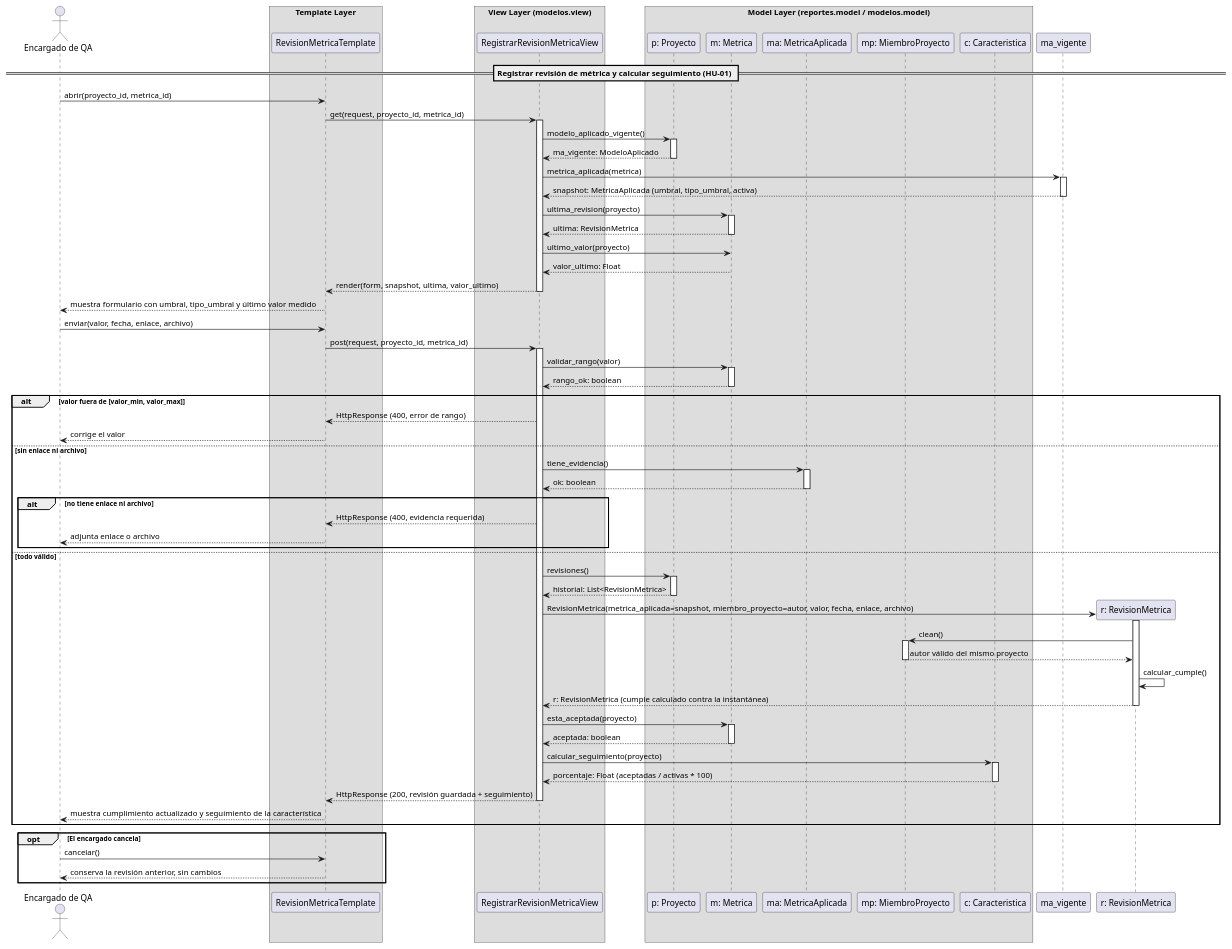
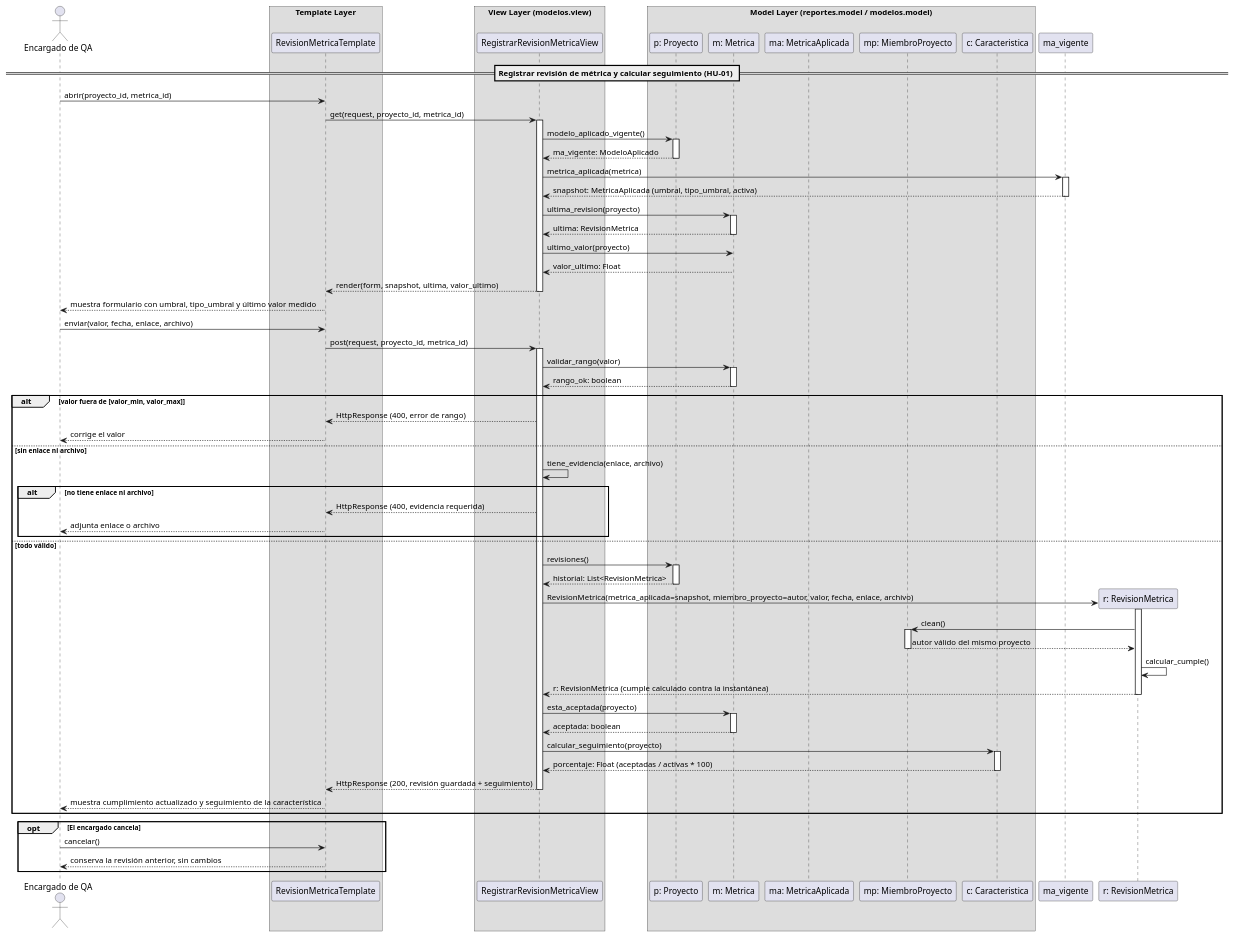
The diagram in diagrams_corregidos/secuencia/hu1_secuencia.puml (Josgtg/QA-Admin), drawn with PlantUML before and after one commit. The commit also changed 55 other files, not shown here.

```diff
--- a/diagrams_corregidos/secuencia/hu1_secuencia.puml
+++ b/diagrams_corregidos/secuencia/hu1_secuencia.puml
@@ -1,112 +1,109 @@
 @startuml hu1_secuencia
 skinparam shadowing false
 skinparam responseMessageBelowArrow true
 
 actor "Encargado de QA" as Encargado
 
 box "Template Layer"
   participant "RevisionMetricaTemplate" as Template
 end box
 
 box "View Layer (modelos.view)"
   participant "RegistrarRevisionMetricaView" as View
 end box
 
 box "Model Layer (reportes.model / modelos.model)"
   participant "p: Proyecto" as Proyecto
   participant "m: Metrica" as Metrica
   participant "ma: MetricaAplicada" as Snapshot
   participant "mp: MiembroProyecto" as Miembro
   participant "c: Caracteristica" as Caracteristica
 end box
 
 == Registrar revisión de métrica y calcular seguimiento (HU-01) ==
 
 Encargado -> Template: abrir(proyecto_id, metrica_id)
 Template -> View: get(request, proyecto_id, metrica_id)
 activate View
 
 View -> Proyecto: modelo_aplicado_vigente()
 activate Proyecto
 Proyecto --> View: ma_vigente: ModeloAplicado
 deactivate Proyecto
 
 View -> ma_vigente: metrica_aplicada(metrica)
 activate ma_vigente
 ma_vigente --> View: snapshot: MetricaAplicada (umbral, tipo_umbral, activa)
 deactivate ma_vigente
 
 View -> Metrica: ultima_revision(proyecto)
 activate Metrica
 Metrica --> View: ultima: RevisionMetrica
 deactivate Metrica
 
 View -> Metrica: ultimo_valor(proyecto)
 Metrica --> View: valor_ultimo: Float
 
 View --> Template: render(form, snapshot, ultima, valor_ultimo)
 deactivate View
 
 Template --> Encargado: muestra formulario con umbral, tipo_umbral y último valor medido
 
 Encargado -> Template: enviar(valor, fecha, enlace, archivo)
 Template -> View: post(request, proyecto_id, metrica_id)
 activate View
 
 View -> Metrica: validar_rango(valor)
 activate Metrica
 Metrica --> View: rango_ok: boolean
 deactivate Metrica
 
 alt valor fuera de [valor_min, valor_max]
     View --> Template: HttpResponse (400, error de rango)
     Template --> Encargado: corrige el valor
 else sin enlace ni archivo
-    View -> Snapshot: tiene_evidencia()
-    activate Snapshot
-    Snapshot --> View: ok: boolean
-    deactivate Snapshot
+    View -> View: tiene_evidencia(enlace, archivo)
     alt no tiene enlace ni archivo
         View --> Template: HttpResponse (400, evidencia requerida)
         Template --> Encargado: adjunta enlace o archivo
     end
 else todo válido
     View -> Proyecto: revisiones()
     activate Proyecto
     Proyecto --> View: historial: List<RevisionMetrica>
     deactivate Proyecto
 
     create participant "r: RevisionMetrica" as Revision
     View -> Revision: RevisionMetrica(metrica_aplicada=snapshot, miembro_proyecto=autor, valor, fecha, enlace, archivo)
     activate Revision
     Revision -> Miembro: clean()
     activate Miembro
     Miembro --> Revision: autor válido del mismo proyecto
     deactivate Miembro
     Revision -> Revision: calcular_cumple()
     Revision --> View: r: RevisionMetrica (cumple calculado contra la instantánea)
     deactivate Revision
 
     View -> Metrica: esta_aceptada(proyecto)
     activate Metrica
     Metrica --> View: aceptada: boolean
     deactivate Metrica
 
     View -> Caracteristica: calcular_seguimiento(proyecto)
     activate Caracteristica
     Caracteristica --> View: porcentaje: Float (aceptadas / activas * 100)
     deactivate Caracteristica
 
     View --> Template: HttpResponse (200, revisión guardada + seguimiento)
     deactivate View
     Template --> Encargado: muestra cumplimiento actualizado y seguimiento de la característica
 end
 
 deactivate View
 
 opt El encargado cancela
     Encargado -> Template: cancelar()
     Template --> Encargado: conserva la revisión anterior, sin cambios
 end
 
 @enduml
```
